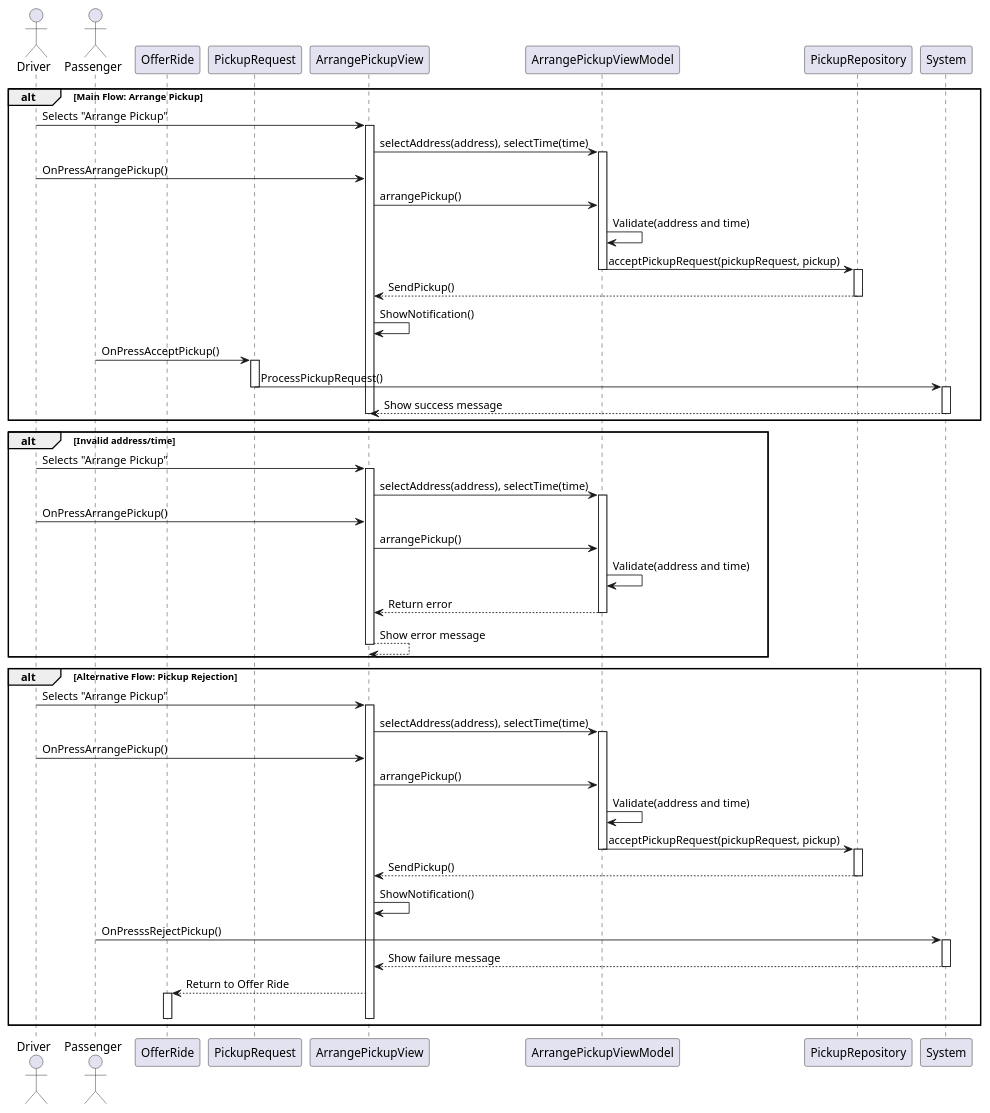
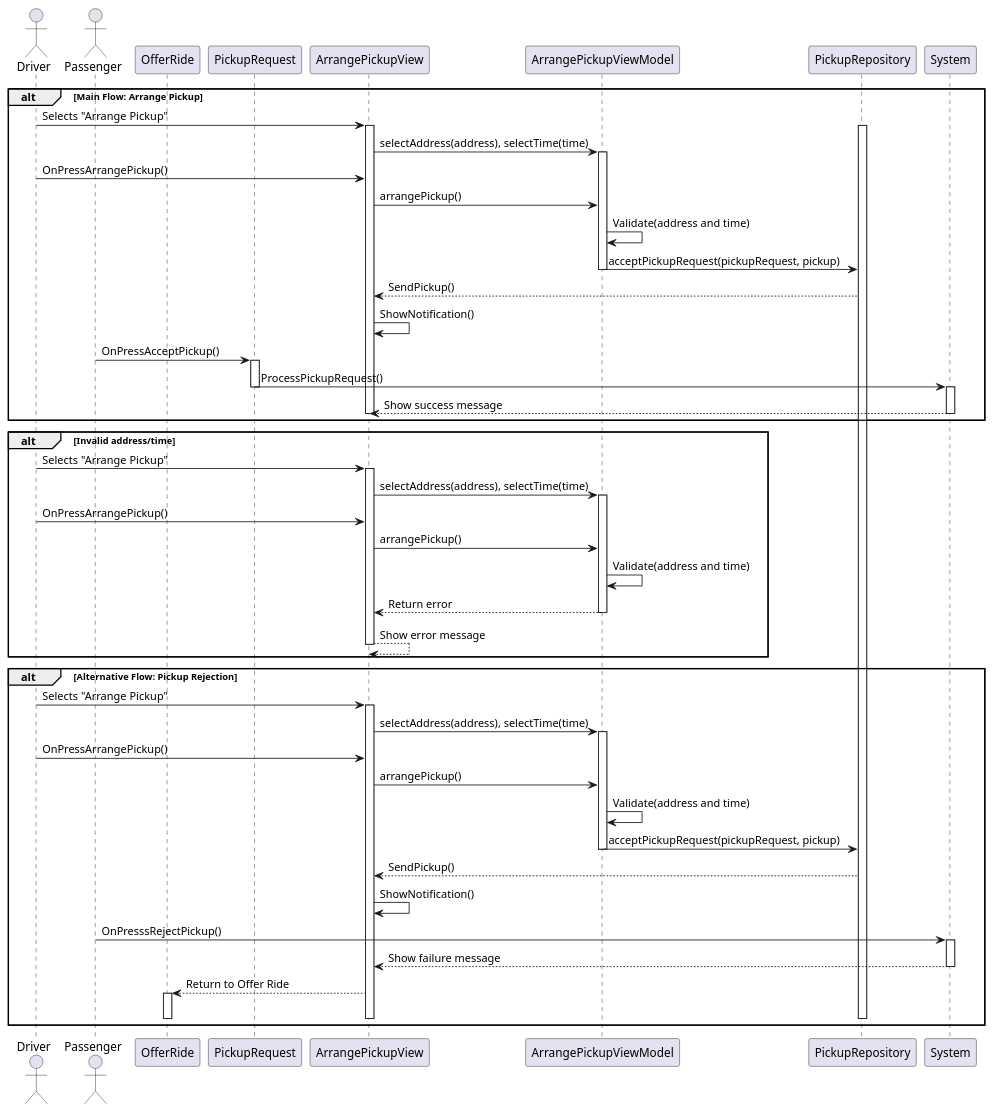
The diagram in reports/sequence/arrange-pickup-sequence-new.plantuml (YannisRavasopoulos/ProjectSD_S6), drawn with PlantUML before and after one commit.

Commit message:
Refactor arrange pickup sequence

```diff
--- a/reports/sequence/arrange-pickup-sequence-new.plantuml
+++ b/reports/sequence/arrange-pickup-sequence-new.plantuml
@@ -1,74 +1,71 @@
 @startuml
 actor Driver
 actor Passenger
 participant "OfferRide" as Offer
 participant "PickupRequest" as Request
 participant "ArrangePickupView" as View
 participant "ArrangePickupViewModel" as VM
 participant "PickupRepository" as Repo
 participant "System"
 
 alt Main Flow: Arrange Pickup
     Driver -> View : Selects "Arrange Pickup"
+    activate Repo 
     activate View
     View -> VM : selectAddress(address), selectTime(time)
     activate VM
     Driver -> View : OnPressArrangePickup()
     View -> VM : arrangePickup()
     VM -> VM : Validate(address and time)
     VM -> Repo : acceptPickupRequest(pickupRequest, pickup)
     deactivate VM
-    activate Repo
     Repo --> View : SendPickup()
-    deactivate Repo
     View -> View : ShowNotification()
     Passenger -> Request : OnPressAcceptPickup()
     activate Request
     Request -> System : ProcessPickupRequest()
     deactivate Request
     activate System
     System --> View : Show success message
     deactivate System
-     deactivate View
+    deactivate View
 end
 
 alt Invalid address/time
     Driver -> View : Selects "Arrange Pickup"
     activate View
     View -> VM : selectAddress(address), selectTime(time)
     activate VM
     Driver -> View : OnPressArrangePickup()
     View -> VM : arrangePickup()
     VM -> VM : Validate(address and time)
     VM ---> View : Return error
     deactivate VM
     View ---> View : Show error message
     deactivate View
 end
 
 alt Alternative Flow: Pickup Rejection 
     Driver -> View : Selects "Arrange Pickup"
     activate View
     View -> VM : selectAddress(address), selectTime(time)
     activate VM
     Driver -> View : OnPressArrangePickup()
     View -> VM : arrangePickup()
     VM -> VM : Validate(address and time)
     VM -> Repo : acceptPickupRequest(pickupRequest, pickup)
     deactivate VM
-    activate Repo
     Repo --> View : SendPickup()
-    deactivate Repo
     View -> View : ShowNotification()
     Passenger -> System : OnPresssRejectPickup()
     activate System
     System --> View : Show failure message
     deactivate System
     View --> Offer : Return to Offer Ride
     activate Offer
     deactivate View
     deactivate Offer
-
+    deactivate Repo
 end
 
 @enduml
```
